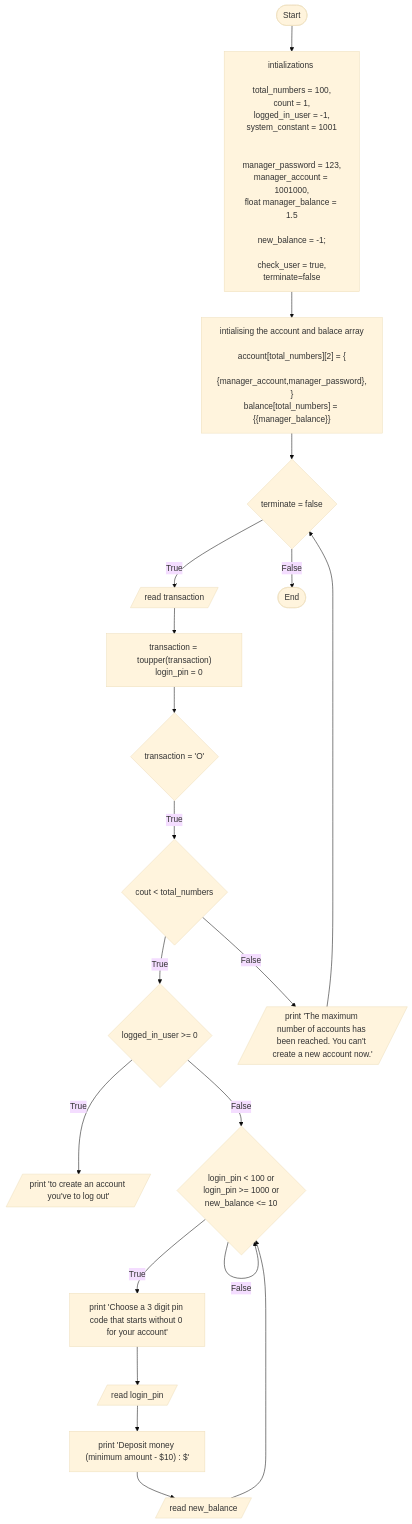
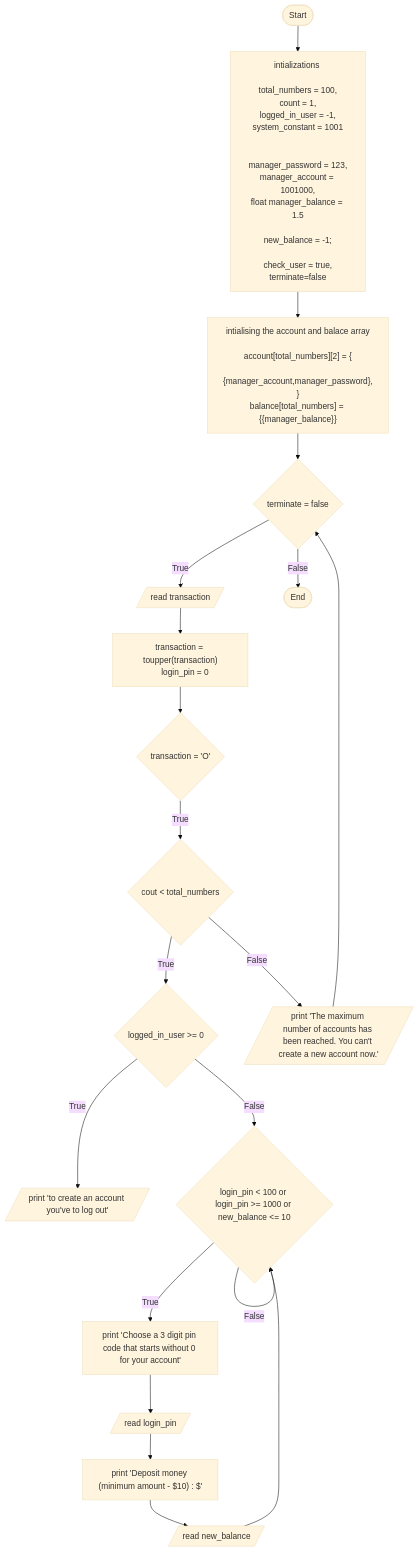
Before and after one commit to Ludis-ET/Bank-Account: the diagram in FoP I/flowchart.md, drawn with Mermaid (base theme).

````diff
--- a/FoP I/flowchart.md
+++ b/FoP I/flowchart.md
@@ -1,78 +1,76 @@
 ```mermaid
     flowchart TD;
     A([Start])-->B["
     intializations 
 
     total_numbers = 100,
     count = 1,
     logged_in_user = -1,
     system_constant = 1001
 
 
     manager_password = 123,
     manager_account = 1001000,
     float manager_balance = 1.5
     
     new_balance = -1;
 
     check_user = true,
     terminate=false
     
     "];
 
 
     B-->C["
     
     intialising the account and balace array
 
     account[total_numbers][2] = {
         {manager_account,manager_password},
     }
     balance[total_numbers] = {{manager_balance}}
 
     "];
 
 
     C-->D{terminate = false}
 
     D -->|True| E[/read transaction/]
 
     D -->|False| E1([End]);
 
     E -->F["
         transaction = toupper(transaction)
         login_pin = 0
     "]
 
     F --> G{transaction = 'O'}
 
     G --> |True| H{cout < total_numbers}
 
     H --> |True| I{logged_in_user >= 0}
 
     H --> |False| I1[/ print 'The maximum number of accounts has been reached. You can't create a new account now.' /]
 
     I1 --> D
 
     I --> |True| J[/print 'to create an account you've to log out'/]
 
-    I --> |False| J1{login_pin < 100 or
-     login_pin >= 1000 or
-      new_balance <= 10}
+    I --> |False| J1{login_pin < 100 or login_pin >= 1000 or new_balance <= 10}
 
     J1 --> |True| J2["print 'Choose a 3 digit pin code that starts without 0 for your account' "]
 
     J1 --> |False| J1
 
     J2 --> J3[/read login_pin/]
 
     J3 --> J4["print 'Deposit money (minimum amount - $10) : $' "]
 
     J4 --> J5[/read new_balance/]
 
     J5 --> J1
 
 
 
     
 ```
````
